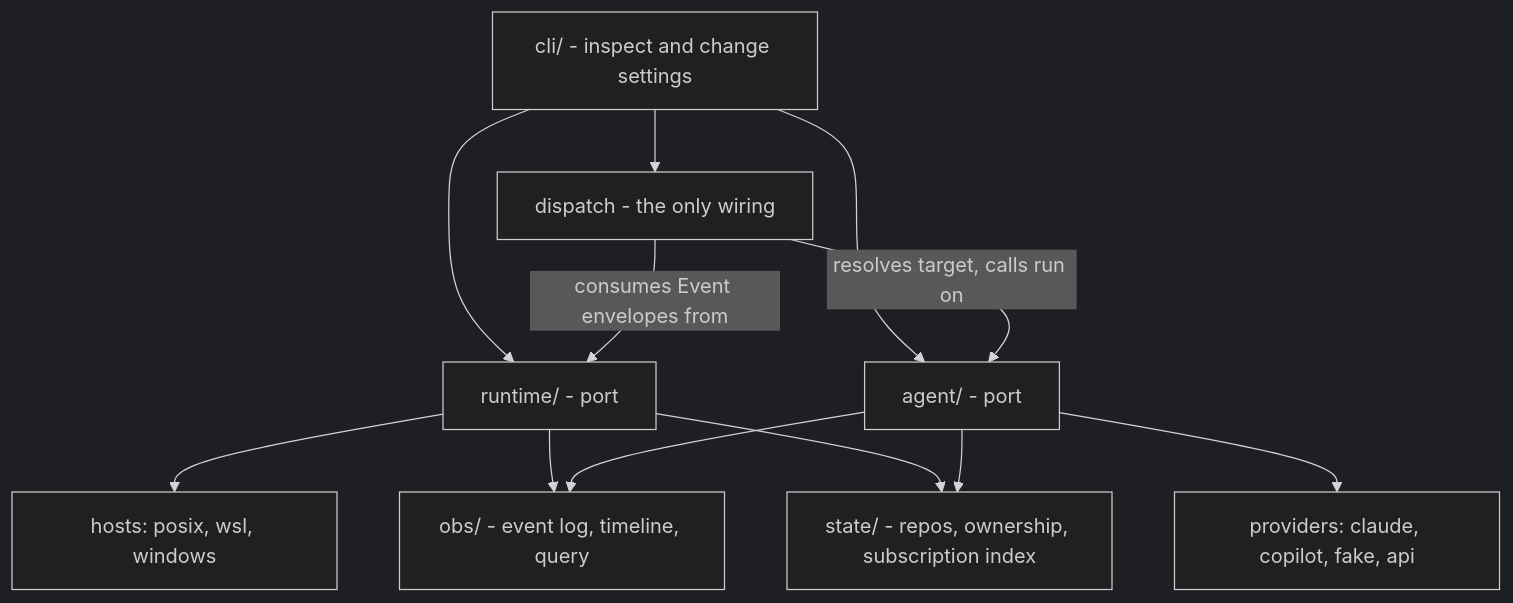
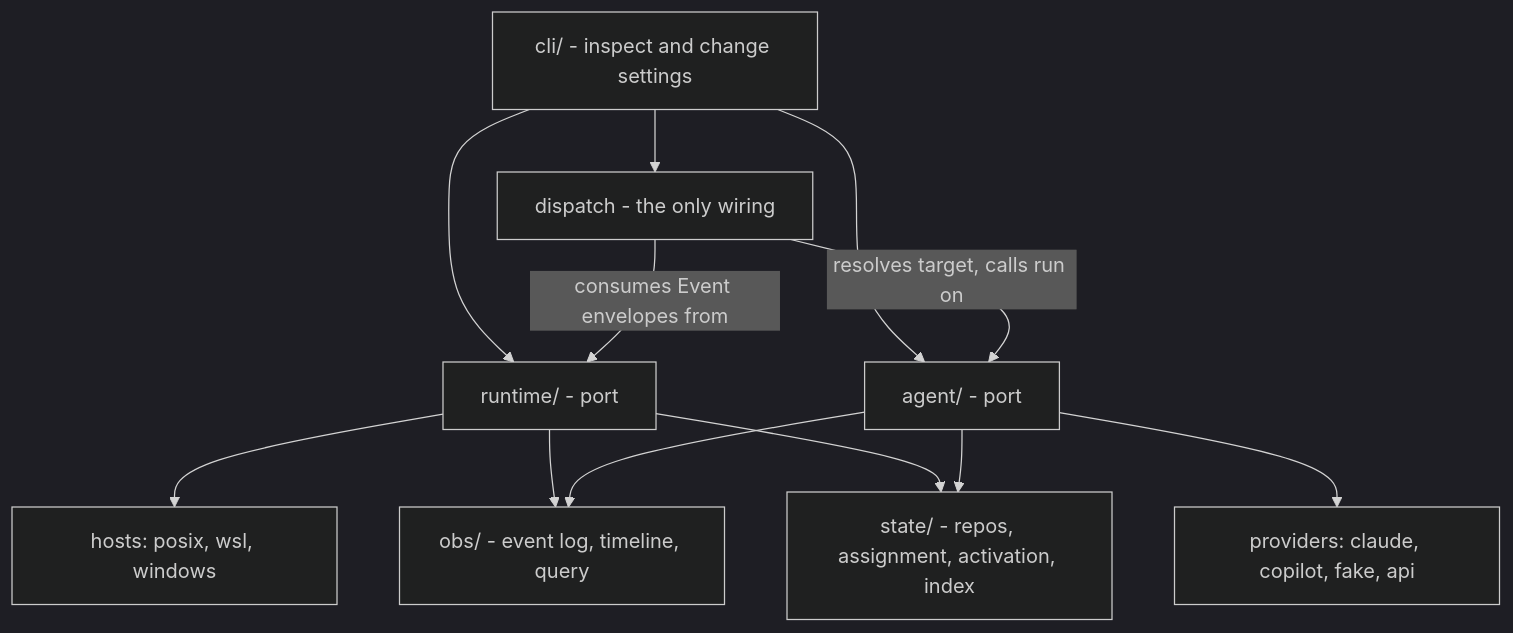
The diagram in docs/refactoring-runtime-and-agent-seams.md (johnshew/agents-live), drawn with Mermaid (dark theme) before and after one commit. The commit also changed other lines of this file, not shown here.

First line of the commit message:
docs: lift ownership out of the runtime as assignment plus activation

````diff
--- a/docs/refactoring-runtime-and-agent-seams.md
+++ b/docs/refactoring-runtime-and-agent-seams.md
@@ -134,14 +134,14 @@
 ```mermaid
 graph TD
     CLI[cli/ - inspect and change settings] --> RT[runtime/ - port]
     CLI --> AG[agent/ - port]
     RT --> HOSTS[hosts: posix, wsl, windows]
     AG --> PROV[providers: claude, copilot, fake, api]
     CLI --> DISP[dispatch - the only wiring]
     DISP -->|consumes Event envelopes from| RT
     DISP -->|resolves target, calls run on| AG
     RT --> OBS[obs/ - event log, timeline, query]
     AG --> OBS
-    RT --> ST[state/ - repos, ownership, subscription index]
+    RT --> ST[state/ - repos, assignment, activation, index]
     AG --> ST
 ```
````
